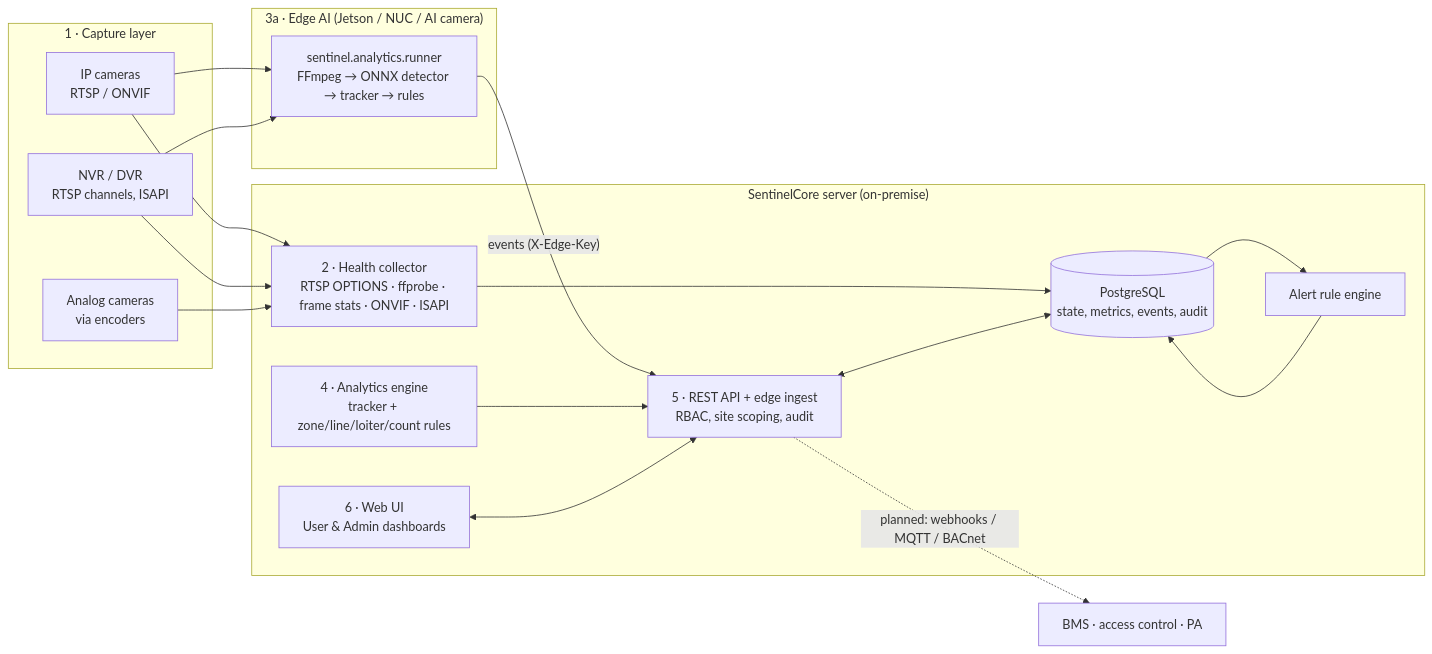
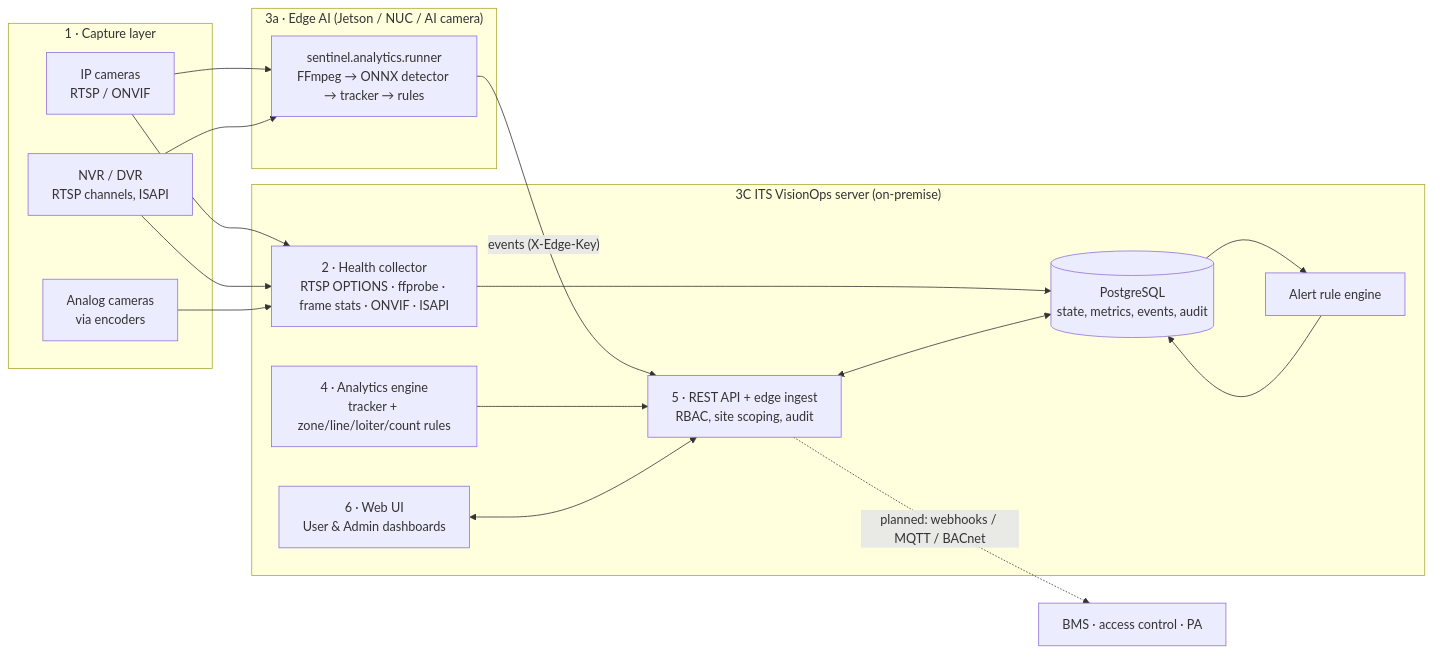
One commit to anilbhat2000-a11y/bhat changed the diagram in sentinelcore/docs/architecture.md. Above: the diagram before and after it, drawn with Mermaid. The commit also changed 52 other files, not shown here.

First line of the commit message:
Rename portal to 3C ITS VisionOps and add company logo slots

````diff
--- a/sentinelcore/docs/architecture.md
+++ b/sentinelcore/docs/architecture.md
@@ -3,27 +3,27 @@
 ```mermaid
 flowchart LR
   subgraph Capture["1 · Capture layer"]
     IPC[IP cameras<br/>RTSP / ONVIF]
     NVR[NVR / DVR<br/>RTSP channels, ISAPI]
     ANA[Analog cameras<br/>via encoders]
   end
   subgraph Edge["3a · Edge AI (Jetson / NUC / AI camera)"]
     RUN[sentinel.analytics.runner<br/>FFmpeg → ONNX detector → tracker → rules]
   end
-  subgraph Server["SentinelCore server (on-premise)"]
+  subgraph Server["3C ITS VisionOps server (on-premise)"]
     COL[2 · Health collector<br/>RTSP OPTIONS · ffprobe · frame stats · ONVIF · ISAPI]
     ALR[Alert rule engine]
     ENG[4 · Analytics engine<br/>tracker + zone/line/loiter/count rules]
     API[5 · REST API + edge ingest<br/>RBAC, site scoping, audit]
     DB[(PostgreSQL<br/>state, metrics, events, audit)]
     UI[6 · Web UI<br/>User & Admin dashboards]
   end
   IPC & NVR & ANA --> COL
   IPC & NVR --> RUN
   RUN -- "events (X-Edge-Key)" --> API
   COL --> DB --> ALR --> DB
   ENG --> API
   API <--> DB
   UI <--> API
   API -. "planned: webhooks / MQTT / BACnet" .-> BMS[BMS · access control · PA]
 ```
````
